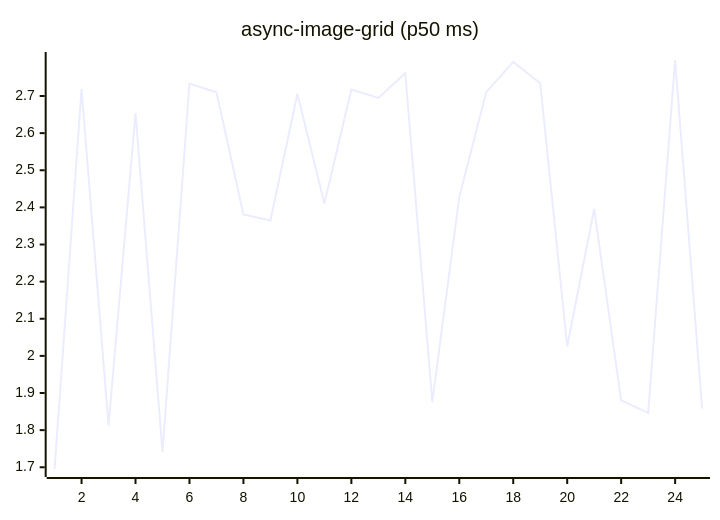
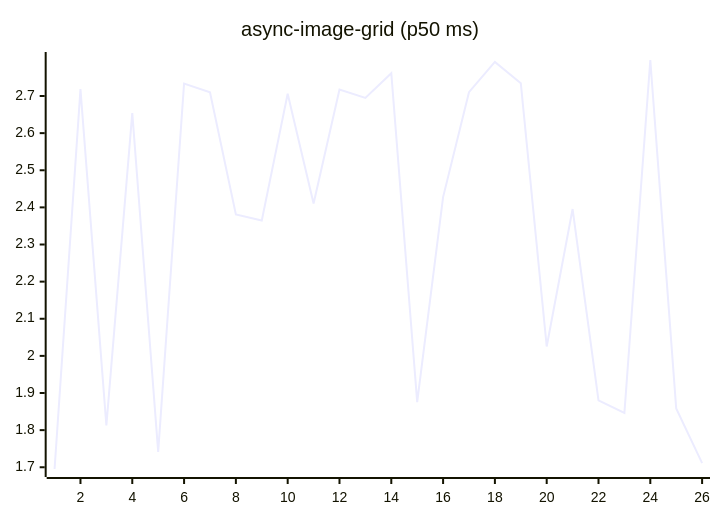
The fifth of 27 diagrams in README.md (josha/Facet), drawn with Mermaid before and after one commit. The commit also changed other lines of this file and 2 other files, not shown here.

````diff
--- a/README.md
+++ b/README.md
@@ -91,6 +91,6 @@
 ```mermaid
 xychart-beta
     title "async-image-grid (p50 ms)"
-    x-axis 1 --> 25
-    line [1.6953, 2.7184, 1.8124, 2.6543, 1.7415, 2.7336, 2.7103, 2.3810, 2.3646, 2.7059, 2.4103, 2.7175, 2.6949, 2.7614, 1.8756, 2.4277, 2.7103, 2.7919, 2.7346, 2.0254, 2.3955, 1.8801, 1.8461, 2.7970, 1.8583]
+    x-axis 1 --> 26
+    line [1.6953, 2.7184, 1.8124, 2.6543, 1.7415, 2.7336, 2.7103, 2.3810, 2.3646, 2.7059, 2.4103, 2.7175, 2.6949, 2.7614, 1.8756, 2.4277, 2.7103, 2.7919, 2.7346, 2.0254, 2.3955, 1.8801, 1.8461, 2.7970, 1.8583, 1.7113]
 ```
````
